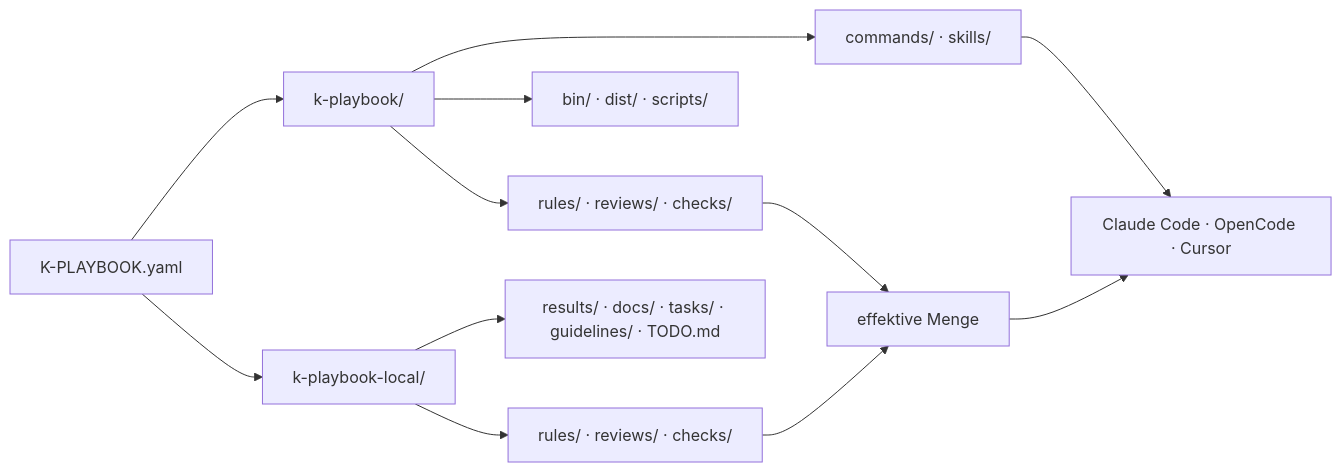
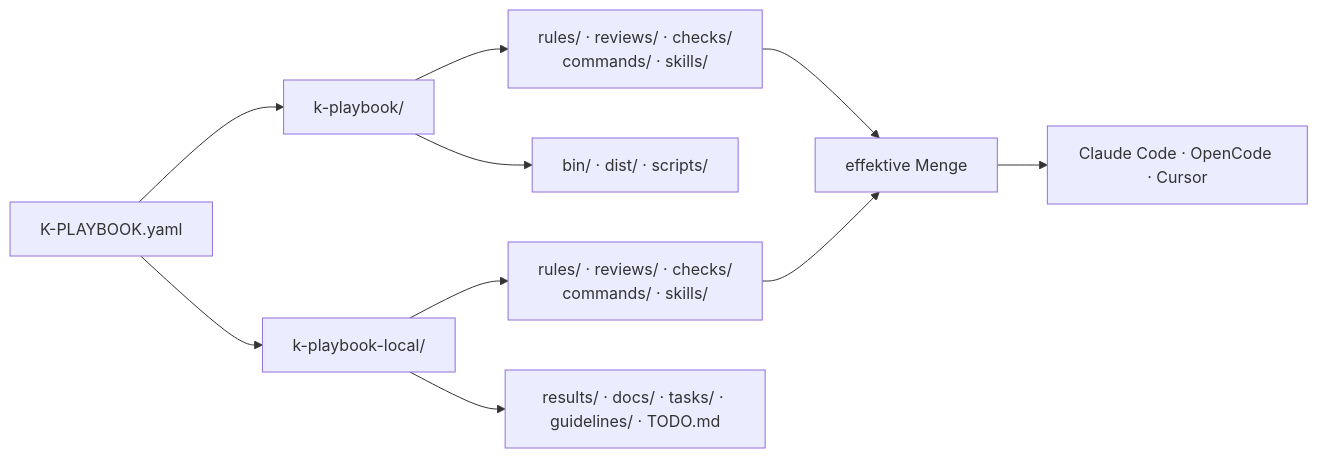
Before and after one commit to kascada/k-playbook: the first of 3 diagrams in docs/handbuch.md, drawn with Mermaid. The commit also changed other lines of this file and 118 other files, not shown here.

````diff
--- a/docs/handbuch.md
+++ b/docs/handbuch.md
@@ -41,18 +41,16 @@
 ```mermaid
 flowchart LR
     Anchor["K-PLAYBOOK.yaml"] --> Playbook["k-playbook/"]
     Anchor --> Local["k-playbook-local/"]
 
-    Playbook --> Cmds["commands/ · skills/"]
-    Playbook --> Base["rules/ · reviews/ · checks/"]
+    Playbook --> Base["rules/ · reviews/ · checks/<br>commands/ · skills/"]
     Playbook --> Tool["bin/ · dist/ · scripts/"]
 
-    Local --> Overlay["rules/ · reviews/ · checks/"]
+    Local --> Overlay["rules/ · reviews/ · checks/<br>commands/ · skills/"]
     Local --> Artifacts["results/ · docs/ · tasks/ · guidelines/ · TODO.md"]
 
     Base --> Effective["effektive Menge"]
     Overlay --> Effective
 
-    Cmds --> Assistant["Claude Code · OpenCode · Cursor"]
-    Effective --> Assistant
+    Effective --> Assistant["Claude Code · OpenCode · Cursor"]
 ```
````
